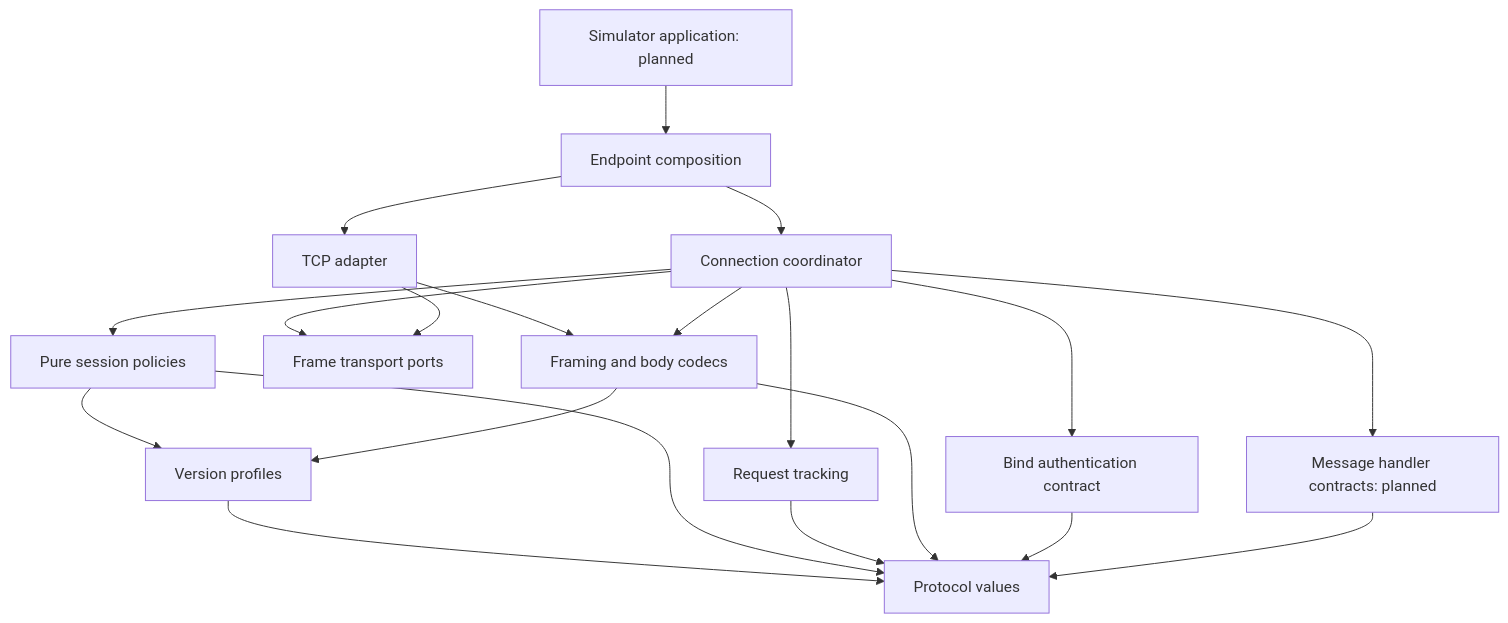
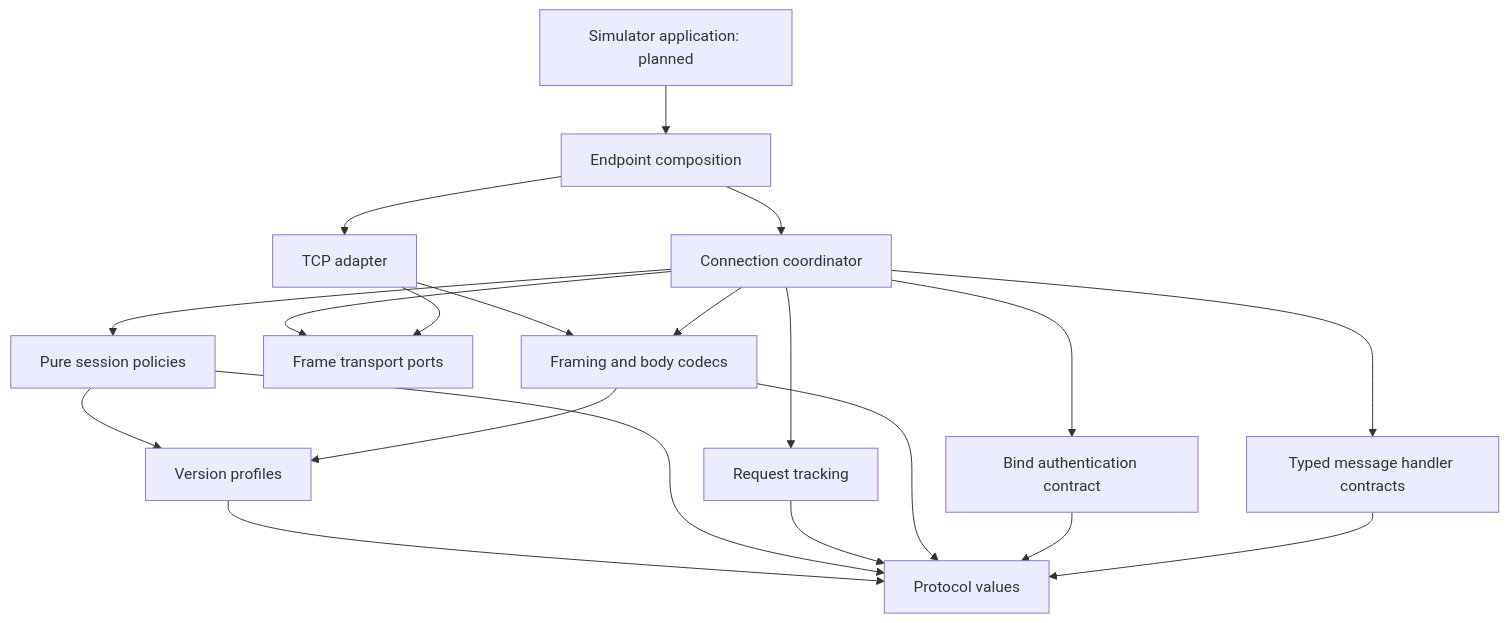
The diagram in docs/API.md (AidarbekMetinov/lightweight-smpp), drawn with Mermaid before and after one commit. The commit also changed other lines of this file and 42 other files, not shown here.

````diff
--- a/docs/API.md
+++ b/docs/API.md
@@ -202,22 +221,22 @@
 ```mermaid
 flowchart TD
     Sim[Simulator application: planned] --> Api[Endpoint composition]
     Api --> Core[Connection coordinator]
     Api --> Transport[TCP adapter]
     Core --> Policies[Pure session policies]
     Core --> Requests[Request tracking]
     Core --> Ports[Frame transport ports]
     Transport --> Ports
     Transport --> Codec[Framing and body codecs]
     Core --> Codec
     Policies --> Profiles[Version profiles]
     Codec --> Profiles
     Profiles --> Values[Protocol values]
     Policies --> Values
     Requests --> Values
     Codec --> Values
     Core --> Auth[Bind authentication contract]
     Auth --> Values
-    Core --> Handlers[Message handler contracts: planned]
+    Core --> Handlers[Typed message handler contracts]
     Handlers --> Values
 ```
````
